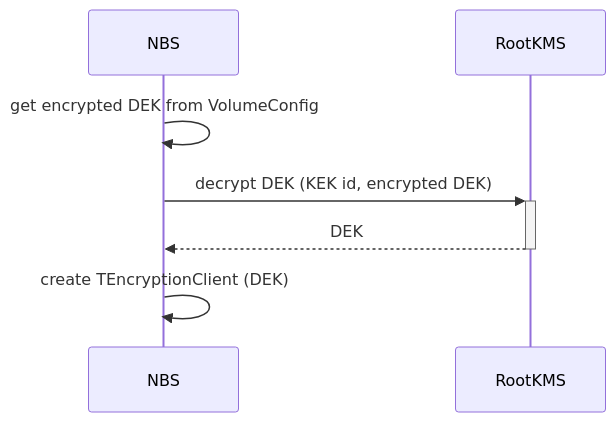
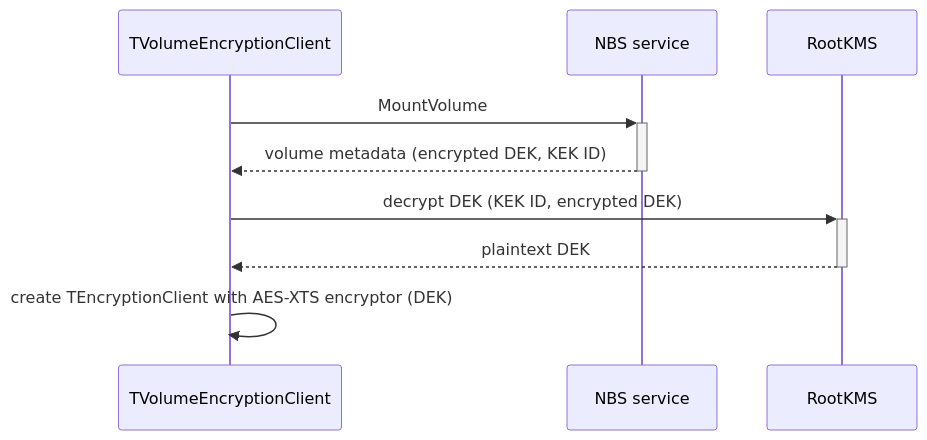
One commit to ydb-platform/nbs changed the second of 2 diagrams in doc/blockstore/storage/encryption-at-rest.md. Above: the diagram before and after it, drawn with Mermaid. The commit also changed other lines of this file, not shown here.

Commit message:
[NBS] Clarify Root KMS encryption flow and key rotation

````diff
--- a/doc/blockstore/storage/encryption-at-rest.md
+++ b/doc/blockstore/storage/encryption-at-rest.md
@@ -22,10 +31,12 @@
 ```mermaid
 sequenceDiagram
-    participant NBS
+    participant Client as TVolumeEncryptionClient
+    participant NBS as NBS service
     participant RootKMS
 
-    NBS->>NBS: get encrypted DEK from VolumeConfig
-    NBS->>+RootKMS: decrypt DEK (KEK id, encrypted DEK)
-    RootKMS-->>-NBS: DEK
-    NBS->>NBS: create TEncryptionClient (DEK)
+    Client->>+NBS: MountVolume
+    NBS-->>-Client: volume metadata (encrypted DEK, KEK ID)
+    Client->>+RootKMS: decrypt DEK (KEK ID, encrypted DEK)
+    RootKMS-->>-Client: plaintext DEK
+    Client->>Client: create TEncryptionClient with AES-XTS encryptor (DEK)
 ```
````
